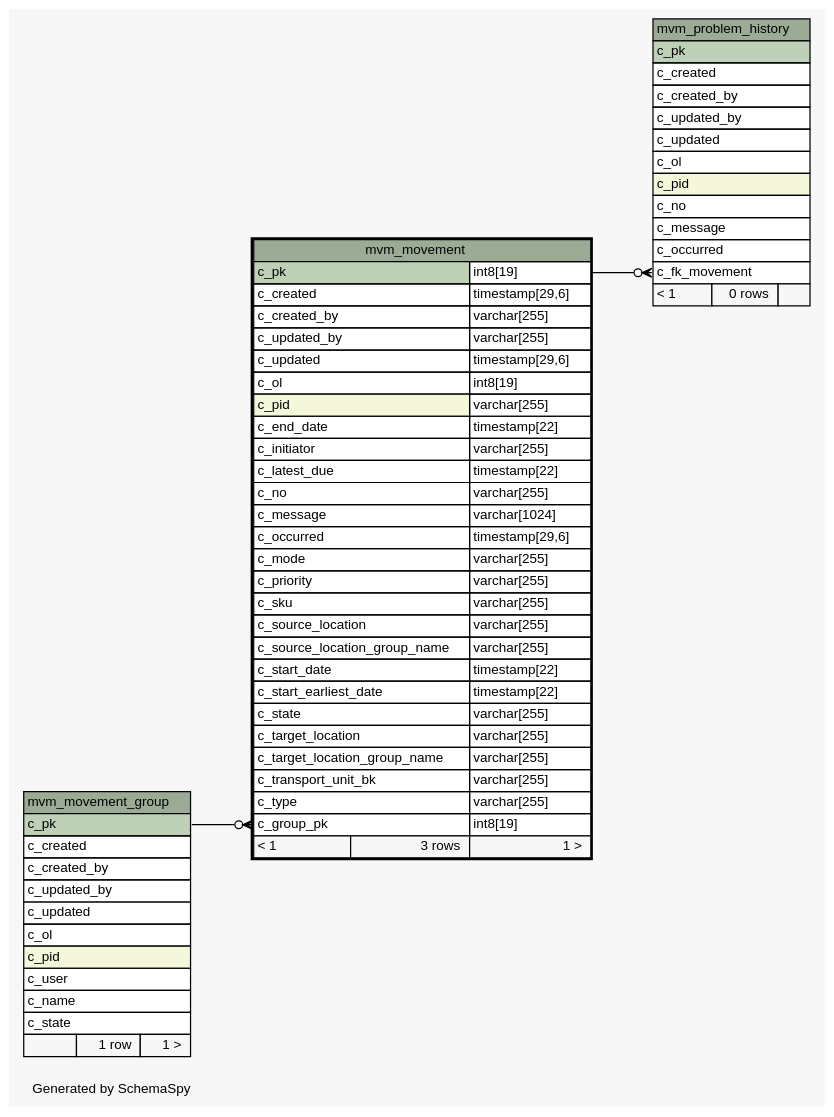
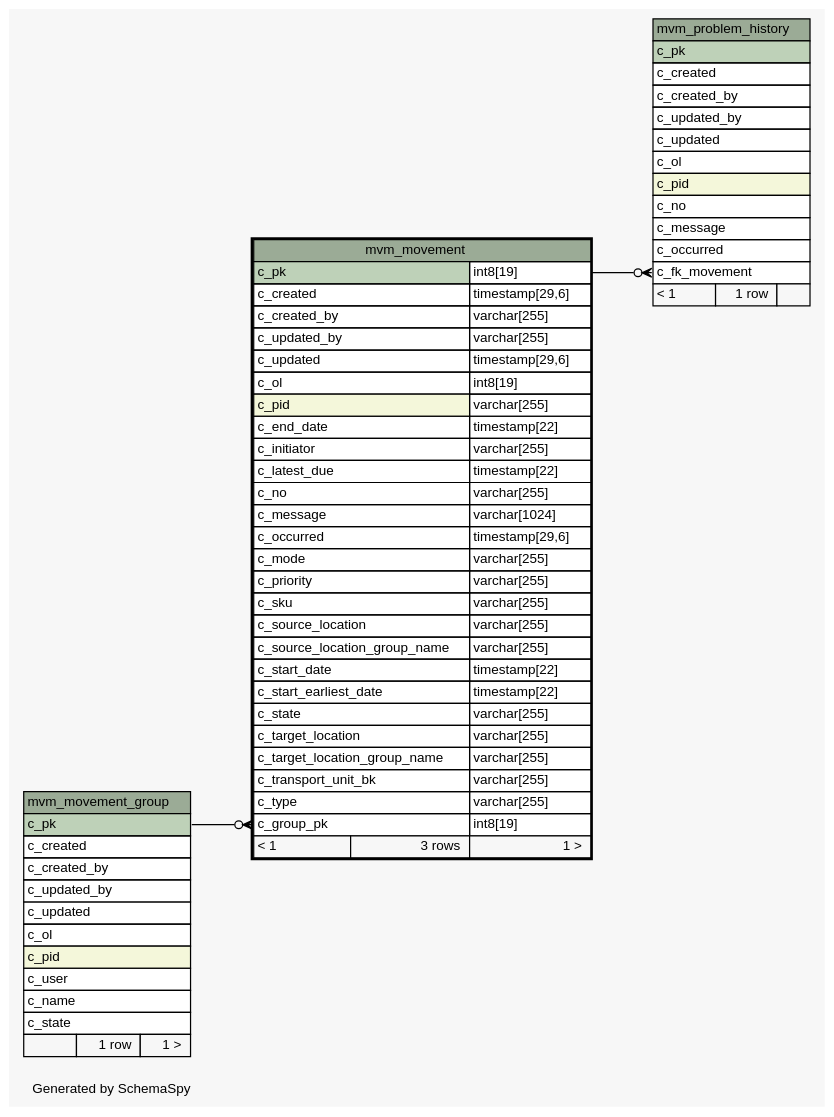
The diagram in 1.0.0-SNAPSHOT/schemaspy/diagrams/mvm_movement.1degree.dot (openwms/org.openwms.wms.movements.lib), drawn with Graphviz before and after one commit. The commit also changed 268 other files, not shown here.

```diff
--- a/1.0.0-SNAPSHOT/schemaspy/diagrams/mvm_movement.1degree.dot
+++ b/1.0.0-SNAPSHOT/schemaspy/diagrams/mvm_movement.1degree.dot
@@ -1,98 +1,98 @@
-// dot 2.43.0 on Linux 6.2.0-1019-azure
+// dot 2.43.0 on Linux 6.5.0-1015-azure
 // SchemaSpy rev Unknown
 digraph "oneDegreeRelationshipsDiagram" {
   graph [
     rankdir="RL"
     bgcolor="#f7f7f7"
     label="\nGenerated by SchemaSpy"
     labeljust="l"
     nodesep="0.18"
     ranksep="0.46"
     fontname="Helvetica"
     fontsize="11"
   ];
   node [
     fontname="Helvetica"
     fontsize="11"
     shape="plaintext"
   ];
   edge [
     arrowsize="0.8"
   ];
   "mvm_movement":"c_group_pk":w -> "mvm_movement_group":"c_pk":e [arrowhead=none dir=back arrowtail=crowodot];
   "mvm_problem_history":"c_fk_movement":w -> "mvm_movement":"c_pk.type":e [arrowhead=none dir=back arrowtail=crowodot];
   "mvm_movement" [
     label=<
     <TABLE BORDER="2" CELLBORDER="1" CELLSPACING="0" BGCOLOR="#ffffff">
       <TR><TD COLSPAN="3" BGCOLOR="#9bab96" ALIGN="CENTER">mvm_movement</TD></TR>
       <TR><TD PORT="c_pk" COLSPAN="2" BGCOLOR="#bed1b8" ALIGN="LEFT">c_pk</TD><TD PORT="c_pk.type" ALIGN="LEFT">int8[19]</TD></TR>
       <TR><TD PORT="c_created" COLSPAN="2" ALIGN="LEFT">c_created</TD><TD PORT="c_created.type" ALIGN="LEFT">timestamp[29,6]</TD></TR>
       <TR><TD PORT="c_created_by" COLSPAN="2" ALIGN="LEFT">c_created_by</TD><TD PORT="c_created_by.type" ALIGN="LEFT">varchar[255]</TD></TR>
       <TR><TD PORT="c_updated_by" COLSPAN="2" ALIGN="LEFT">c_updated_by</TD><TD PORT="c_updated_by.type" ALIGN="LEFT">varchar[255]</TD></TR>
       <TR><TD PORT="c_updated" COLSPAN="2" ALIGN="LEFT">c_updated</TD><TD PORT="c_updated.type" ALIGN="LEFT">timestamp[29,6]</TD></TR>
       <TR><TD PORT="c_ol" COLSPAN="2" ALIGN="LEFT">c_ol</TD><TD PORT="c_ol.type" ALIGN="LEFT">int8[19]</TD></TR>
       <TR><TD PORT="c_pid" COLSPAN="2" BGCOLOR="#f4f7da" ALIGN="LEFT">c_pid</TD><TD PORT="c_pid.type" ALIGN="LEFT">varchar[255]</TD></TR>
       <TR><TD PORT="c_end_date" COLSPAN="2" ALIGN="LEFT">c_end_date</TD><TD PORT="c_end_date.type" ALIGN="LEFT">timestamp[22]</TD></TR>
       <TR><TD PORT="c_initiator" COLSPAN="2" ALIGN="LEFT">c_initiator</TD><TD PORT="c_initiator.type" ALIGN="LEFT">varchar[255]</TD></TR>
       <TR><TD PORT="c_latest_due" COLSPAN="2" ALIGN="LEFT">c_latest_due</TD><TD PORT="c_latest_due.type" ALIGN="LEFT">timestamp[22]</TD></TR>
       <TR><TD PORT="c_no" COLSPAN="2" ALIGN="LEFT">c_no</TD><TD PORT="c_no.type" ALIGN="LEFT">varchar[255]</TD></TR>
       <TR><TD PORT="c_message" COLSPAN="2" ALIGN="LEFT">c_message</TD><TD PORT="c_message.type" ALIGN="LEFT">varchar[1024]</TD></TR>
       <TR><TD PORT="c_occurred" COLSPAN="2" ALIGN="LEFT">c_occurred</TD><TD PORT="c_occurred.type" ALIGN="LEFT">timestamp[29,6]</TD></TR>
       <TR><TD PORT="c_mode" COLSPAN="2" ALIGN="LEFT">c_mode</TD><TD PORT="c_mode.type" ALIGN="LEFT">varchar[255]</TD></TR>
       <TR><TD PORT="c_priority" COLSPAN="2" ALIGN="LEFT">c_priority</TD><TD PORT="c_priority.type" ALIGN="LEFT">varchar[255]</TD></TR>
       <TR><TD PORT="c_sku" COLSPAN="2" ALIGN="LEFT">c_sku</TD><TD PORT="c_sku.type" ALIGN="LEFT">varchar[255]</TD></TR>
       <TR><TD PORT="c_source_location" COLSPAN="2" ALIGN="LEFT">c_source_location</TD><TD PORT="c_source_location.type" ALIGN="LEFT">varchar[255]</TD></TR>
       <TR><TD PORT="c_source_location_group_name" COLSPAN="2" ALIGN="LEFT">c_source_location_group_name</TD><TD PORT="c_source_location_group_name.type" ALIGN="LEFT">varchar[255]</TD></TR>
       <TR><TD PORT="c_start_date" COLSPAN="2" ALIGN="LEFT">c_start_date</TD><TD PORT="c_start_date.type" ALIGN="LEFT">timestamp[22]</TD></TR>
       <TR><TD PORT="c_start_earliest_date" COLSPAN="2" ALIGN="LEFT">c_start_earliest_date</TD><TD PORT="c_start_earliest_date.type" ALIGN="LEFT">timestamp[22]</TD></TR>
       <TR><TD PORT="c_state" COLSPAN="2" ALIGN="LEFT">c_state</TD><TD PORT="c_state.type" ALIGN="LEFT">varchar[255]</TD></TR>
       <TR><TD PORT="c_target_location" COLSPAN="2" ALIGN="LEFT">c_target_location</TD><TD PORT="c_target_location.type" ALIGN="LEFT">varchar[255]</TD></TR>
       <TR><TD PORT="c_target_location_group_name" COLSPAN="2" ALIGN="LEFT">c_target_location_group_name</TD><TD PORT="c_target_location_group_name.type" ALIGN="LEFT">varchar[255]</TD></TR>
       <TR><TD PORT="c_transport_unit_bk" COLSPAN="2" ALIGN="LEFT">c_transport_unit_bk</TD><TD PORT="c_transport_unit_bk.type" ALIGN="LEFT">varchar[255]</TD></TR>
       <TR><TD PORT="c_type" COLSPAN="2" ALIGN="LEFT">c_type</TD><TD PORT="c_type.type" ALIGN="LEFT">varchar[255]</TD></TR>
       <TR><TD PORT="c_group_pk" COLSPAN="2" ALIGN="LEFT">c_group_pk</TD><TD PORT="c_group_pk.type" ALIGN="LEFT">int8[19]</TD></TR>
       <TR><TD ALIGN="LEFT" BGCOLOR="#f7f7f7">&lt; 1</TD><TD ALIGN="RIGHT" BGCOLOR="#f7f7f7">3 rows</TD><TD ALIGN="RIGHT" BGCOLOR="#f7f7f7">1 &gt;</TD></TR>
     </TABLE>>
     URL="mvm_movement.html"
     tooltip="mvm_movement"
   ];
   "mvm_movement_group" [
     label=<
     <TABLE BORDER="0" CELLBORDER="1" CELLSPACING="0" BGCOLOR="#ffffff">
       <TR><TD COLSPAN="3" BGCOLOR="#9bab96" ALIGN="CENTER">mvm_movement_group</TD></TR>
       <TR><TD PORT="c_pk" COLSPAN="3" BGCOLOR="#bed1b8" ALIGN="LEFT">c_pk</TD></TR>
       <TR><TD PORT="c_created" COLSPAN="3" ALIGN="LEFT">c_created</TD></TR>
       <TR><TD PORT="c_created_by" COLSPAN="3" ALIGN="LEFT">c_created_by</TD></TR>
       <TR><TD PORT="c_updated_by" COLSPAN="3" ALIGN="LEFT">c_updated_by</TD></TR>
       <TR><TD PORT="c_updated" COLSPAN="3" ALIGN="LEFT">c_updated</TD></TR>
       <TR><TD PORT="c_ol" COLSPAN="3" ALIGN="LEFT">c_ol</TD></TR>
       <TR><TD PORT="c_pid" COLSPAN="3" BGCOLOR="#f4f7da" ALIGN="LEFT">c_pid</TD></TR>
       <TR><TD PORT="c_user" COLSPAN="3" ALIGN="LEFT">c_user</TD></TR>
       <TR><TD PORT="c_name" COLSPAN="3" ALIGN="LEFT">c_name</TD></TR>
       <TR><TD PORT="c_state" COLSPAN="3" ALIGN="LEFT">c_state</TD></TR>
       <TR><TD ALIGN="LEFT" BGCOLOR="#f7f7f7">  </TD><TD ALIGN="RIGHT" BGCOLOR="#f7f7f7">1 row</TD><TD ALIGN="RIGHT" BGCOLOR="#f7f7f7">1 &gt;</TD></TR>
     </TABLE>>
     URL="mvm_movement_group.html"
     tooltip="mvm_movement_group"
   ];
   "mvm_problem_history" [
     label=<
     <TABLE BORDER="0" CELLBORDER="1" CELLSPACING="0" BGCOLOR="#ffffff">
       <TR><TD COLSPAN="3" BGCOLOR="#9bab96" ALIGN="CENTER">mvm_problem_history</TD></TR>
       <TR><TD PORT="c_pk" COLSPAN="3" BGCOLOR="#bed1b8" ALIGN="LEFT">c_pk</TD></TR>
       <TR><TD PORT="c_created" COLSPAN="3" ALIGN="LEFT">c_created</TD></TR>
       <TR><TD PORT="c_created_by" COLSPAN="3" ALIGN="LEFT">c_created_by</TD></TR>
       <TR><TD PORT="c_updated_by" COLSPAN="3" ALIGN="LEFT">c_updated_by</TD></TR>
       <TR><TD PORT="c_updated" COLSPAN="3" ALIGN="LEFT">c_updated</TD></TR>
       <TR><TD PORT="c_ol" COLSPAN="3" ALIGN="LEFT">c_ol</TD></TR>
       <TR><TD PORT="c_pid" COLSPAN="3" BGCOLOR="#f4f7da" ALIGN="LEFT">c_pid</TD></TR>
       <TR><TD PORT="c_no" COLSPAN="3" ALIGN="LEFT">c_no</TD></TR>
       <TR><TD PORT="c_message" COLSPAN="3" ALIGN="LEFT">c_message</TD></TR>
       <TR><TD PORT="c_occurred" COLSPAN="3" ALIGN="LEFT">c_occurred</TD></TR>
       <TR><TD PORT="c_fk_movement" COLSPAN="3" ALIGN="LEFT">c_fk_movement</TD></TR>
-      <TR><TD ALIGN="LEFT" BGCOLOR="#f7f7f7">&lt; 1</TD><TD ALIGN="RIGHT" BGCOLOR="#f7f7f7">0 rows</TD><TD ALIGN="RIGHT" BGCOLOR="#f7f7f7">  </TD></TR>
+      <TR><TD ALIGN="LEFT" BGCOLOR="#f7f7f7">&lt; 1</TD><TD ALIGN="RIGHT" BGCOLOR="#f7f7f7">1 row</TD><TD ALIGN="RIGHT" BGCOLOR="#f7f7f7">  </TD></TR>
     </TABLE>>
     URL="mvm_problem_history.html"
     tooltip="mvm_problem_history"
   ];
 }
```
